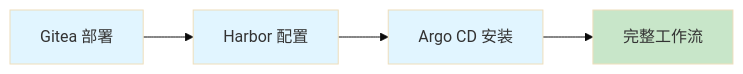
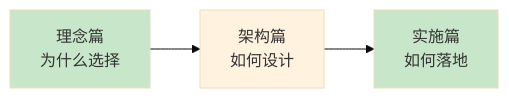
One commit to BrunoGao/ljwx-docs changed the first of 2 diagrams in docs/devops/gitops/index.md. Above: the diagram before and after it, drawn with Mermaid (base theme). The commit also changed other lines of this file and 1 other file, not shown here.

````diff
--- a/docs/devops/gitops/index.md
+++ b/docs/devops/gitops/index.md
@@ -89,11 +75,9 @@
 ```mermaid
 graph LR
-    A[Gitea 部署] --> B[Harbor 配置]
-    B --> C[Argo CD 安装]
-    C --> D[完整工作流]
+    A[理念篇<br/>为什么选择] --> B[架构篇<br/>如何设计]
+    B --> C[实施篇<br/>如何落地]
 
-    style A fill:#e1f5ff
-    style B fill:#e1f5ff
-    style C fill:#e1f5ff
-    style D fill:#c8e6c9
+    style A fill:#c8e6c9
+    style B fill:#fff3e0
+    style C fill:#c8e6c9
 ```
````
